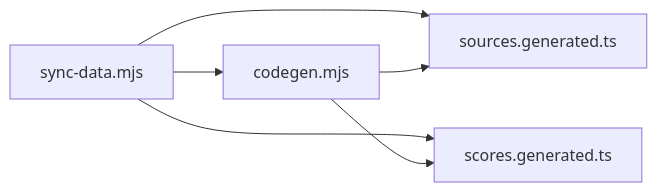
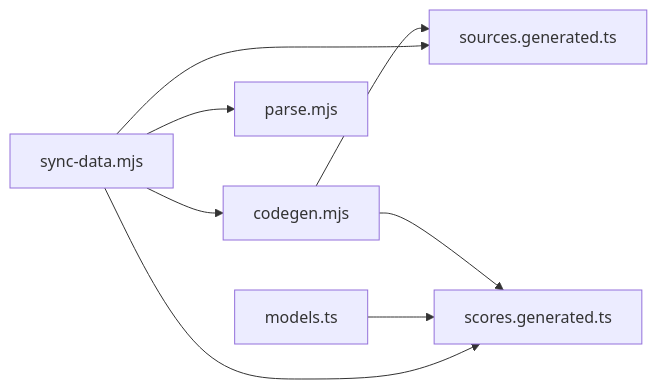
Before and after one commit to delirium-dj/modelcomp: the sixth of 6 diagrams in .qoder/repowiki/en/content/Data Management System/Data Synchronization Pipeline/Code Generation System.md, drawn with Mermaid. The commit also changed other lines of this file and 72 other files, not shown here.

````diff
--- a/.qoder/repowiki/en/content/Data Management System/Data Synchronization Pipeline/Code Generation System.md
+++ b/.qoder/repowiki/en/content/Data Management System/Data Synchronization Pipeline/Code Generation System.md
@@ -270,8 +292,10 @@
 ```mermaid
 graph LR
 Sync["sync-data.mjs"] --> Codegen["codegen.mjs"]
+Sync --> Parse["parse.mjs"]
 Sync --> SourcesTS["sources.generated.ts"]
 Sync --> ScoresTS["scores.generated.ts"]
+Models["models.ts"] --> ScoresTS
 Codegen --> SourcesTS
 Codegen --> ScoresTS
 ```
````
